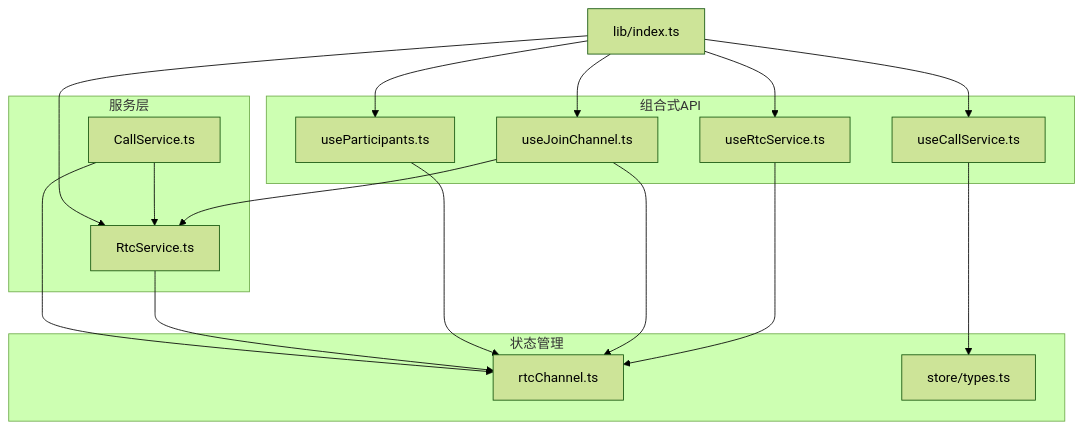
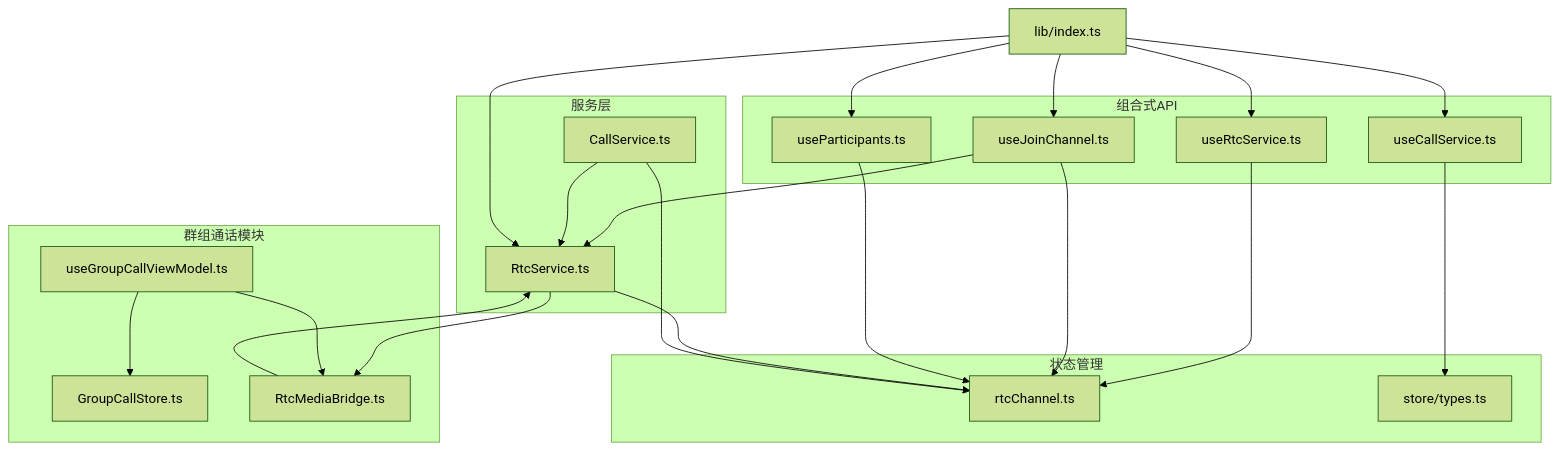
One commit to Easemob-Community/easemob-uikit-callkit-vue3 changed the first of 11 diagrams in .qoder/repowiki/zh/content/组合式 API/RTC 服务 API.md. Above: the diagram before and after it, drawn with Mermaid (forest theme). The commit also changed other lines of this file and 54 other files, not shown here.

````diff
--- a/.qoder/repowiki/zh/content/组合式 API/RTC 服务 API.md
+++ b/.qoder/repowiki/zh/content/组合式 API/RTC 服务 API.md
@@ -50,31 +58,40 @@
 ```mermaid
 graph TB
 subgraph "组合式API"
 UR["useRtcService.ts"]
 UJ["useJoinChannel.ts"]
 UC["useCallService.ts"]
 UP["useParticipants.ts"]
 end
 subgraph "服务层"
 RS["RtcService.ts"]
 CS["CallService.ts"]
 end
 subgraph "状态管理"
 RCS["rtcChannel.ts"]
 ST["store/types.ts"]
 end
+subgraph "群组通话模块"
+GCM["GroupCallStore.ts"]
+GCV["useGroupCallViewModel.ts"]
+RMB["RtcMediaBridge.ts"]
+end
 IDX["lib/index.ts"]
 UR --> RCS
 UJ --> RCS
 UJ --> RS
 UC --> ST
 UP --> RCS
 RS --> RCS
+RS --> RMB
 CS --> RS
 CS --> RCS
+GCV --> GCM
+GCV --> RMB
+RMB --> RS
 IDX --> UR
 IDX --> UJ
 IDX --> UC
 IDX --> UP
 IDX --> RS
 ```
````
